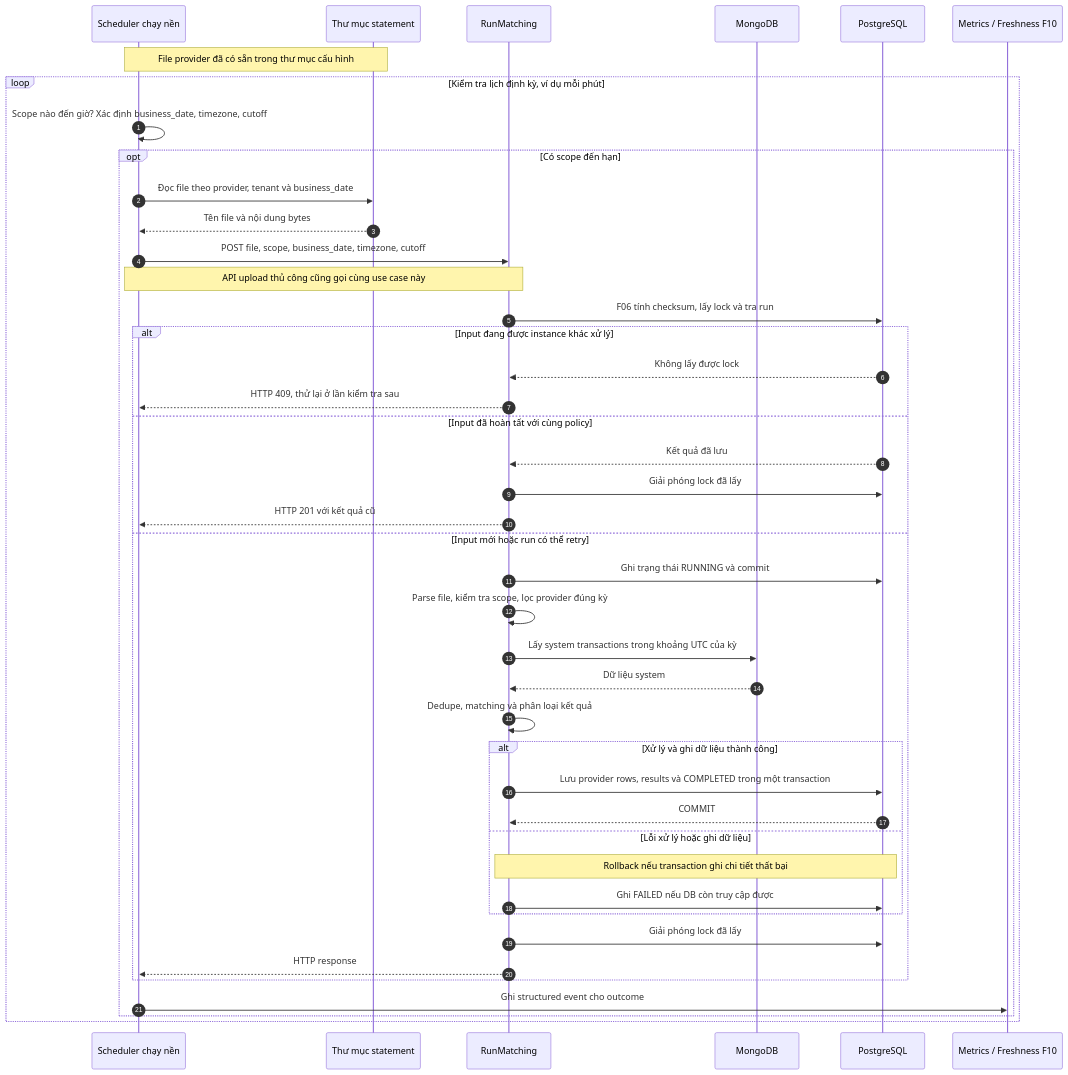
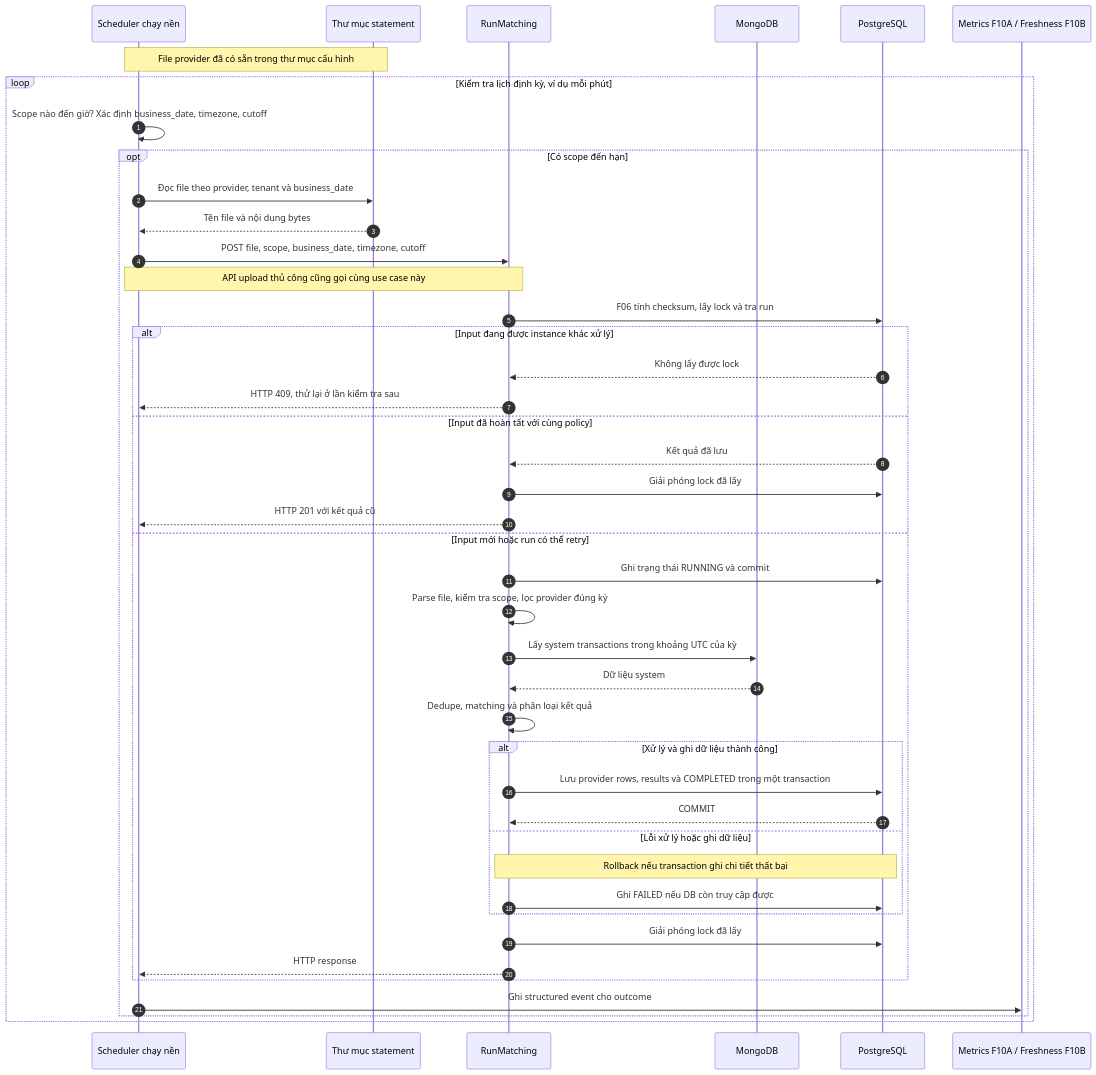
The diagram in docs/features/reconciliation/f09-daily-scheduling-job-safety.md (huuthang-0809/PaymentHub), drawn with Mermaid before and after one commit. The commit also changed other lines of this file and 19 other files, not shown here.

````diff
--- a/docs/features/reconciliation/f09-daily-scheduling-job-safety.md
+++ b/docs/features/reconciliation/f09-daily-scheduling-job-safety.md
@@ -43,47 +43,47 @@
 ```mermaid
 sequenceDiagram
     autonumber
     participant Scheduler as Scheduler chạy nền
     participant Files as Thư mục statement
     participant Pipeline as RunMatching
     participant Mongo as MongoDB
     participant PG as PostgreSQL
-    participant Watch as Metrics / Freshness F10
+    participant Watch as Metrics F10A / Freshness F10B
 
     Note over Scheduler,Files: File provider đã có sẵn trong thư mục cấu hình
 
     loop Kiểm tra lịch định kỳ, ví dụ mỗi phút
         Scheduler->>Scheduler: Scope nào đến giờ? Xác định business_date, timezone, cutoff
         opt Có scope đến hạn
             Scheduler->>Files: Đọc file theo provider, tenant và business_date
             Files-->>Scheduler: Tên file và nội dung bytes
             Scheduler->>Pipeline: POST file, scope, business_date, timezone, cutoff
             Note over Scheduler,Pipeline: API upload thủ công cũng gọi cùng use case này
             Pipeline->>PG: F06 tính checksum, lấy lock và tra run
             alt Input đang được instance khác xử lý
                 PG-->>Pipeline: Không lấy được lock
                 Pipeline-->>Scheduler: HTTP 409, thử lại ở lần kiểm tra sau
             else Input đã hoàn tất với cùng policy
                 PG-->>Pipeline: Kết quả đã lưu
                 Pipeline->>PG: Giải phóng lock đã lấy
                 Pipeline-->>Scheduler: HTTP 201 với kết quả cũ
             else Input mới hoặc run có thể retry
                 Pipeline->>PG: Ghi trạng thái RUNNING và commit
                 Pipeline->>Pipeline: Parse file, kiểm tra scope, lọc provider đúng kỳ
                 Pipeline->>Mongo: Lấy system transactions trong khoảng UTC của kỳ
                 Mongo-->>Pipeline: Dữ liệu system
                 Pipeline->>Pipeline: Dedupe, matching và phân loại kết quả
                 alt Xử lý và ghi dữ liệu thành công
                     Pipeline->>PG: Lưu provider rows, results và COMPLETED trong một transaction
                     PG-->>Pipeline: COMMIT
                 else Lỗi xử lý hoặc ghi dữ liệu
                     Note over Pipeline,PG: Rollback nếu transaction ghi chi tiết thất bại
                     Pipeline->>PG: Ghi FAILED nếu DB còn truy cập được
                 end
                 Pipeline->>PG: Giải phóng lock đã lấy
                 Pipeline-->>Scheduler: HTTP response
             end
             Scheduler->>Watch: Ghi structured event cho outcome
         end
     end
 ```
````
